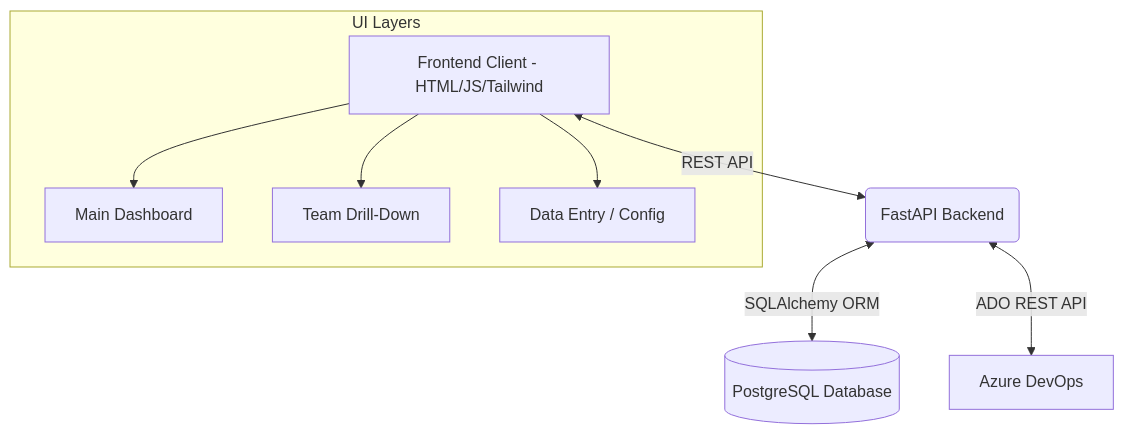
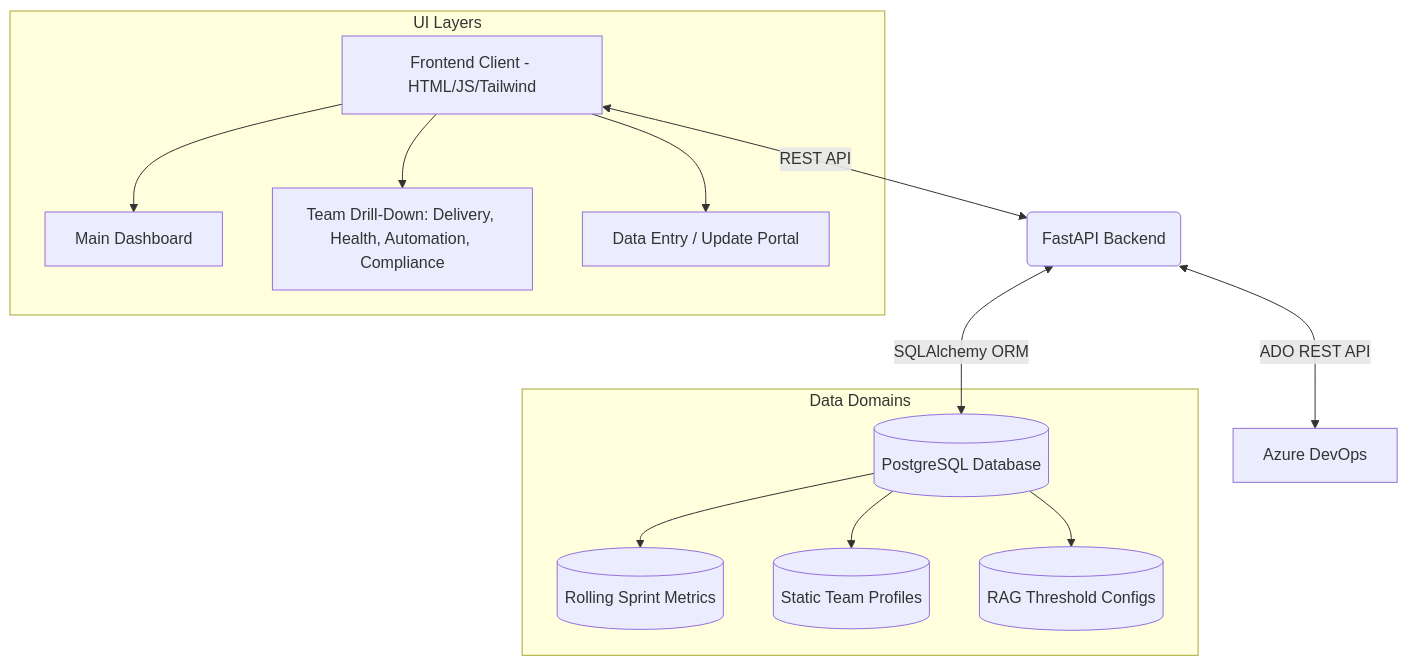
Before and after one commit to Priyobroto99/ADO-AI-Integration: the first of 2 diagrams in README.md, drawn with Mermaid. The commit also changed other lines of this file and 18 other files, not shown here.

````diff
--- a/README.md
+++ b/README.md
@@ -31,15 +46,21 @@
 ```mermaid
 graph TD
     A[Frontend Client - HTML/JS/Tailwind] <-->|REST API| B(FastAPI Backend)
     B <-->|SQLAlchemy ORM| C[(PostgreSQL Database)]
     B <-->|ADO REST API| D[Azure DevOps]
     
     subgraph UI Layers
     A1[Main Dashboard]
-    A2[Team Drill-Down]
-    A3[Data Entry / Config]
+    A2[Team Drill-Down: Delivery, Health, Automation, Compliance]
+    A3[Data Entry / Update Portal]
     A --> A1
     A --> A2
     A --> A3
     end
+
+    subgraph Data Domains
+    C --> C1[(Rolling Sprint Metrics)]
+    C --> C2[(Static Team Profiles)]
+    C --> C3[(RAG Threshold Configs)]
+    end
 ```
````
